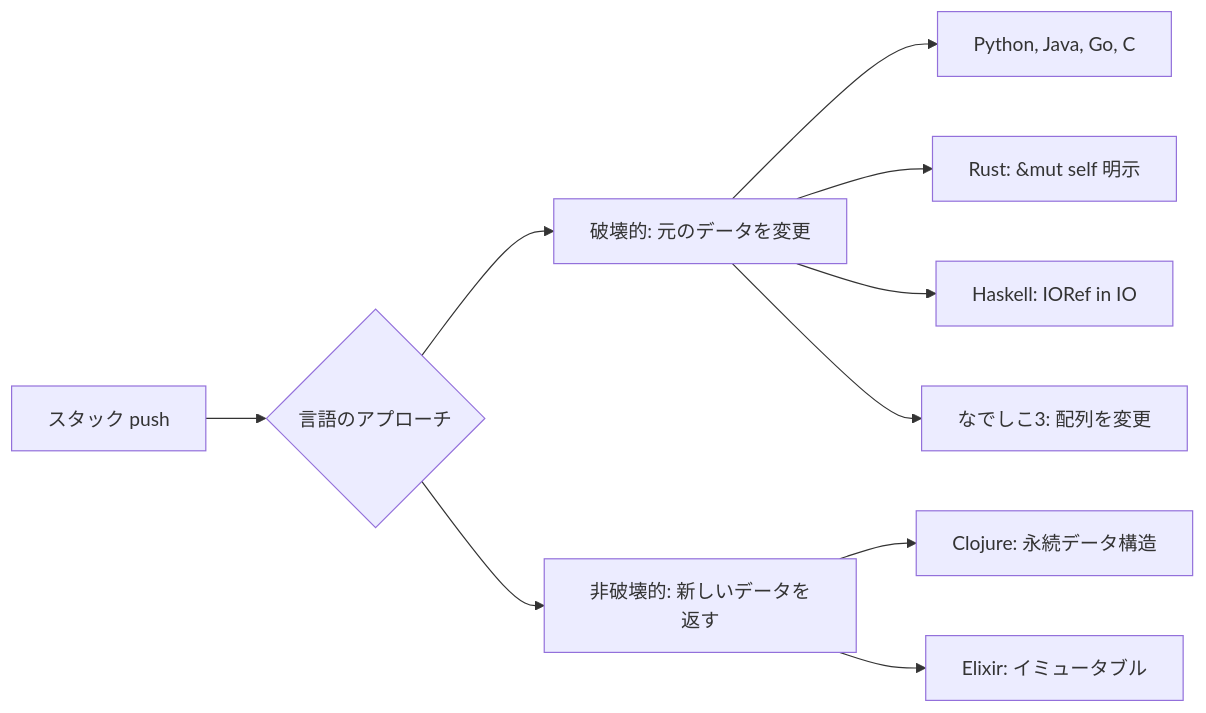
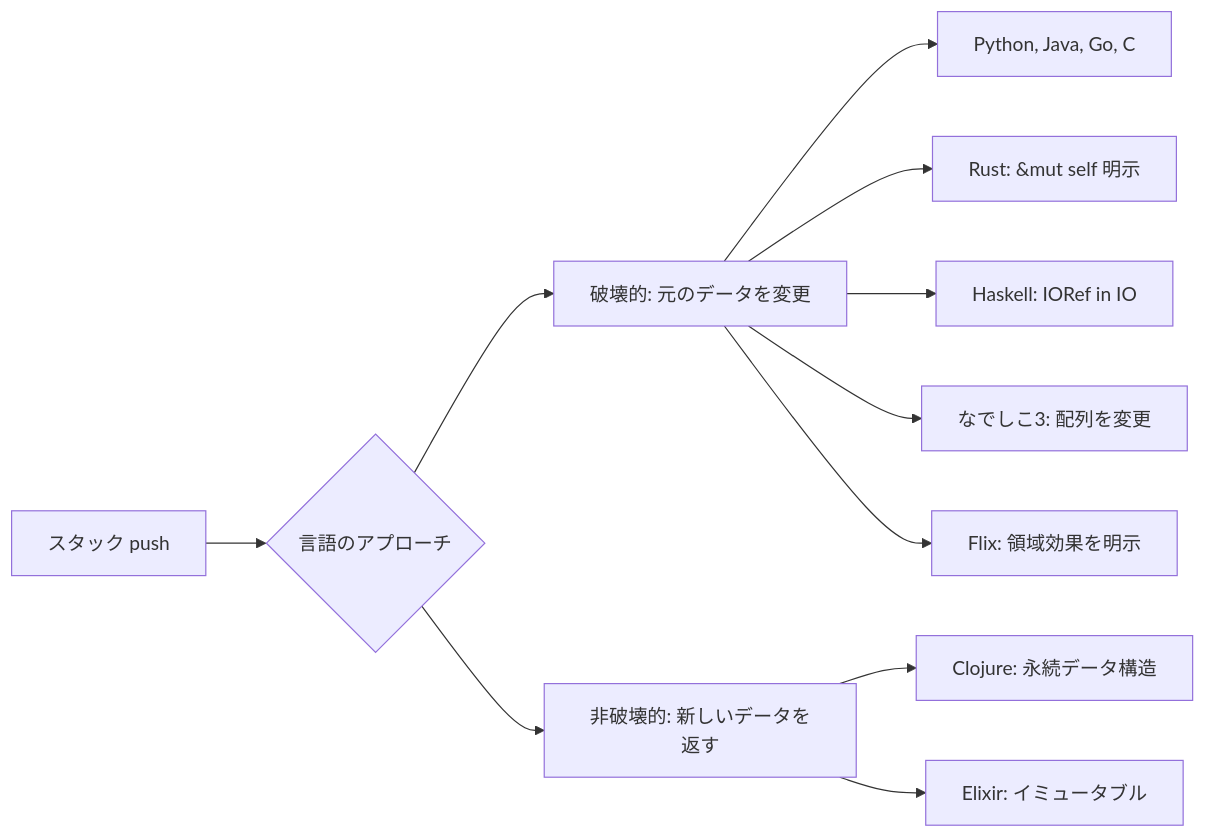
Before and after one commit to k2works/getting-started-algorithm: the diagram in docs/article/all/04-data-structures.md, drawn with Mermaid. The commit also changed other lines of this file and 7 other files, not shown here.

````diff
--- a/docs/article/all/04-data-structures.md
+++ b/docs/article/all/04-data-structures.md
@@ -273,12 +291,13 @@
 ```mermaid
 graph LR
     A[スタック push] --> B{言語のアプローチ}
     B --> C[破壊的: 元のデータを変更]
     B --> D[非破壊的: 新しいデータを返す]
     C --> C1[Python, Java, Go, C]
     C --> C2[Rust: &mut self 明示]
     C --> C3[Haskell: IORef in IO]
     C --> C4[なでしこ3: 配列を変更]
+    C --> C5[Flix: 領域効果を明示]
     D --> D1[Clojure: 永続データ構造]
     D --> D2[Elixir: イミュータブル]
 ```
````
